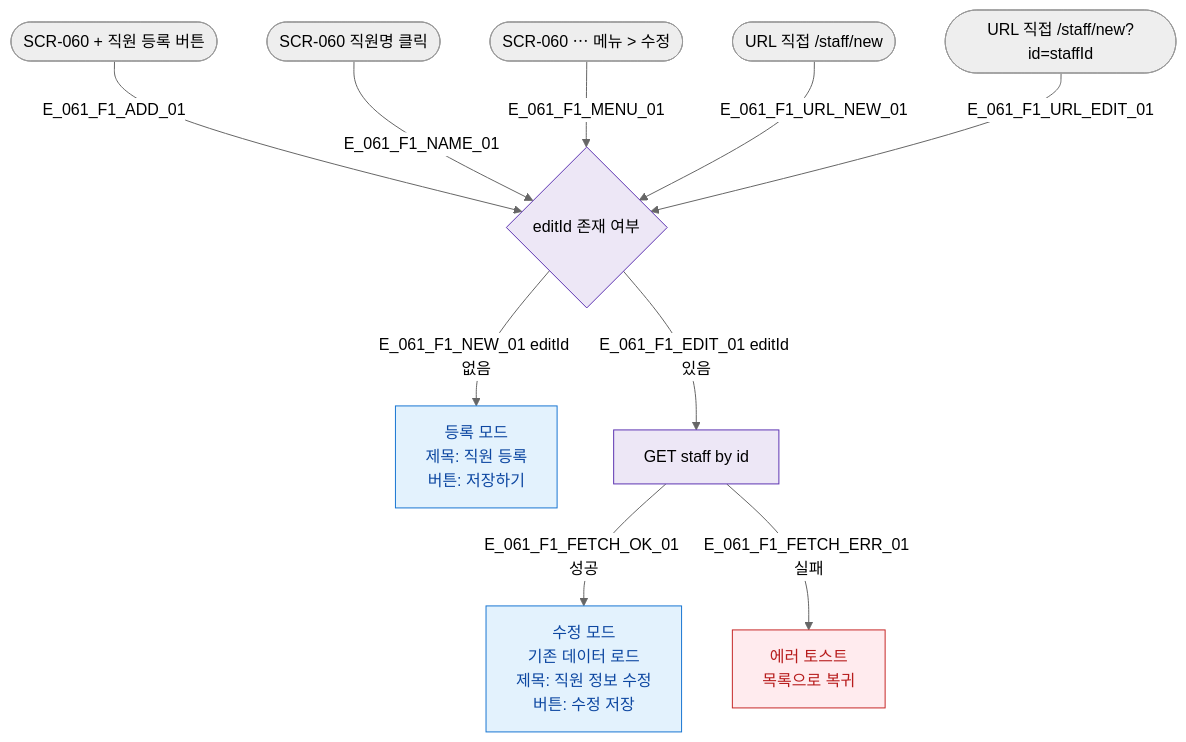
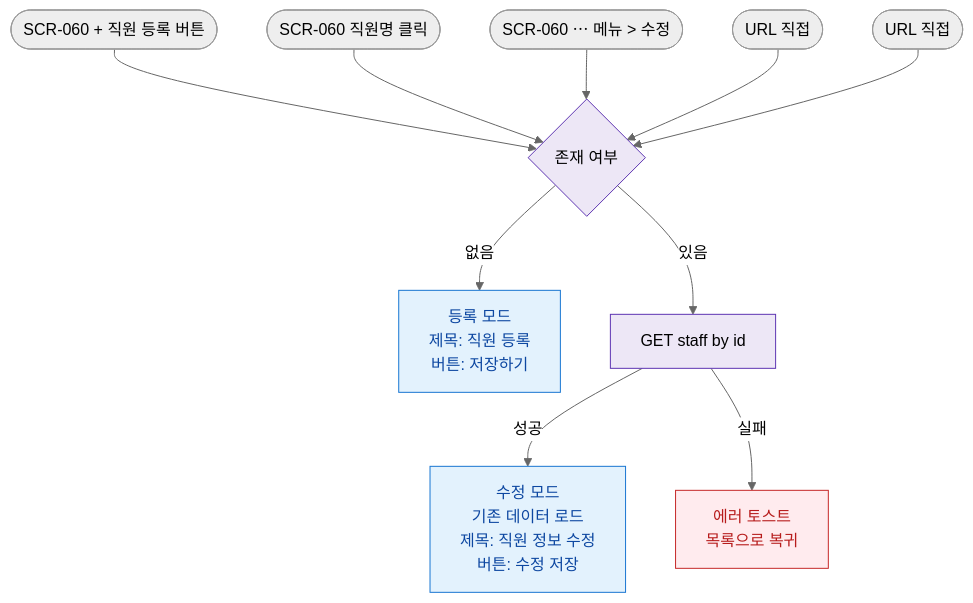
Before and after one commit to dev-spogym/admin-pando: the diagram in docs/다이어그램/D07_직원관리/SCR-061_직원등록수정/F1_진입.md, drawn with Mermaid (neutral theme). The commit also changed other lines of this file and 1660 other files, not shown here.

First line of the commit message:
다이어그램: 기획자/클라이언트 납품본으로 정리

````diff
--- a/docs/다이어그램/D07_직원관리/SCR-061_직원등록수정/F1_진입.md
+++ b/docs/다이어그램/D07_직원관리/SCR-061_직원등록수정/F1_진입.md
@@ -22,30 +20,30 @@
 ```mermaid
 flowchart TD
   SRC_ADD([SCR-060 + 직원 등록 버튼])
   SRC_NAME([SCR-060 직원명 클릭])
   SRC_MENU([SCR-060 ⋯ 메뉴 > 수정])
-  SRC_URL_NEW([URL 직접 /staff/new])
-  SRC_URL_EDIT([URL 직접 /staff/new?id=staffId])
+  SRC_URL_NEW([URL 직접])
+  SRC_URL_EDIT([URL 직접])
 
-  MODE_CHECK{editId 존재 여부}
+  MODE_CHECK{존재 여부}
 
-  SRC_ADD      -->|E_061_F1_ADD_01| MODE_CHECK
-  SRC_NAME     -->|E_061_F1_NAME_01| MODE_CHECK
-  SRC_MENU     -->|E_061_F1_MENU_01| MODE_CHECK
-  SRC_URL_NEW  -->|E_061_F1_URL_NEW_01| MODE_CHECK
-  SRC_URL_EDIT -->|E_061_F1_URL_EDIT_01| MODE_CHECK
+  SRC_ADD --> MODE_CHECK
+  SRC_NAME --> MODE_CHECK
+  SRC_MENU --> MODE_CHECK
+  SRC_URL_NEW --> MODE_CHECK
+  SRC_URL_EDIT --> MODE_CHECK
 
-  MODE_CHECK -->|E_061_F1_NEW_01 editId 없음| NEW_MODE[등록 모드\n제목: 직원 등록\n버튼: 저장하기]
-  MODE_CHECK -->|E_061_F1_EDIT_01 editId 있음| FETCH_API[GET staff by id]
+  MODE_CHECK -->|없음|NEW_MODE[등록 모드\n제목: 직원 등록\n버튼: 저장하기]
+  MODE_CHECK -->|있음|FETCH_API[GET staff by id]
 
-  FETCH_API -->|E_061_F1_FETCH_OK_01 성공| EDIT_MODE[수정 모드\n기존 데이터 로드\n제목: 직원 정보 수정\n버튼: 수정 저장]
-  FETCH_API -->|E_061_F1_FETCH_ERR_01 실패| FETCH_ERR[에러 토스트\n목록으로 복귀]
+  FETCH_API -->|성공|EDIT_MODE[수정 모드\n기존 데이터 로드\n제목: 직원 정보 수정\n버튼: 수정 저장]
+  FETCH_API -->|실패|FETCH_ERR[에러 토스트\n목록으로 복귀]
 
-  classDef screen  fill:#E3F2FD,stroke:#1976D2,color:#0D47A1
-  classDef system  fill:#EDE7F6,stroke:#5E35B2
-  classDef error   fill:#FFEBEE,stroke:#C62828,color:#B71C1C
+  classDef screen fill:#E3F2FD,stroke:#1976D2,color:#0D47A1
+  classDef system fill:#EDE7F6,stroke:#5E35B2
+  classDef error fill:#FFEBEE,stroke:#C62828,color:#B71C1C
 
   class NEW_MODE,EDIT_MODE screen
   class MODE_CHECK,FETCH_API system
   class FETCH_ERR error
 ```
````
